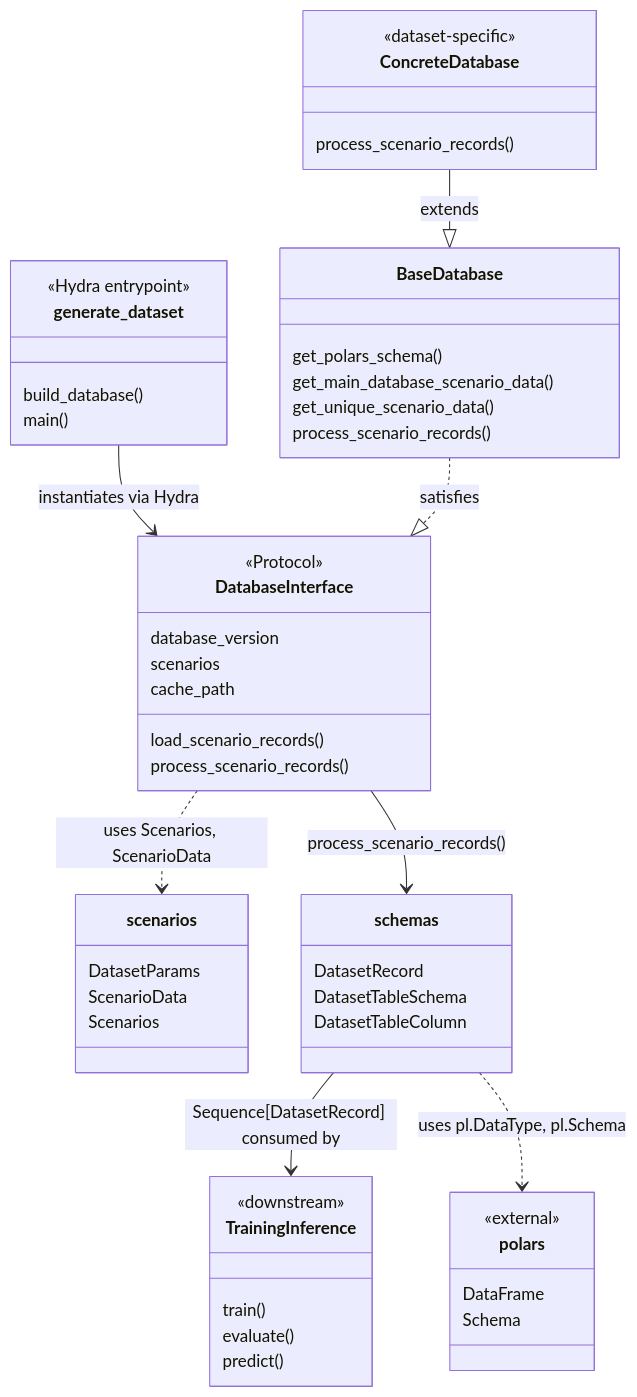
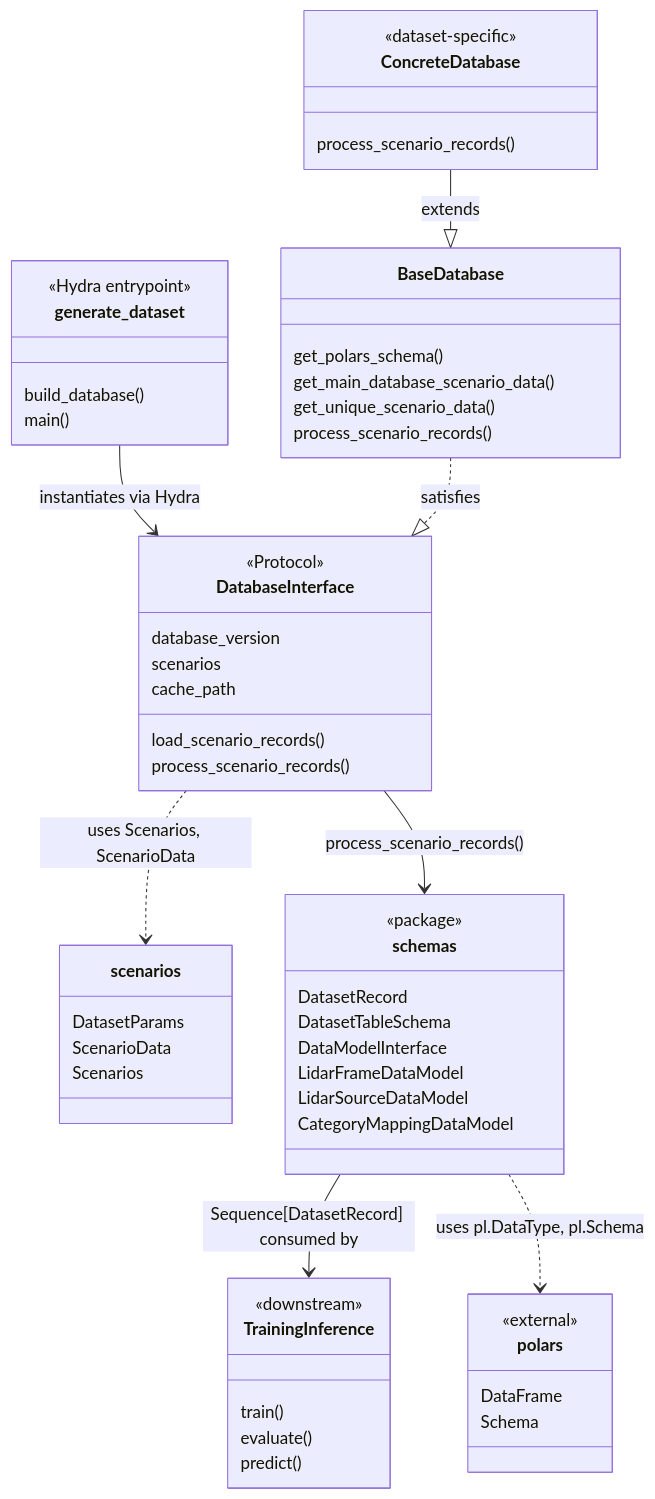
One commit to tier4/autoware-ml changed the diagram in docs/databases/design.md. Above: the diagram before and after it, drawn with Mermaid. The commit also changed other lines of this file and 22 other files, not shown here.

Commit message:
feat(T4Dataset): add lidar and lidar seg metadata to t4dataset cache generator (#39)

````diff
--- a/docs/databases/design.md
+++ b/docs/databases/design.md
@@ -11,68 +11,72 @@
 ```mermaid
 classDiagram
     direction TB
 
     class generate_dataset {
         <<Hydra entrypoint>>
         build_database()
         main()
     }
 
     class DatabaseInterface {
         <<Protocol>>
         database_version
         scenarios
         cache_path
         load_scenario_records()
         process_scenario_records()
     }
 
     class BaseDatabase {
         get_polars_schema()
         get_main_database_scenario_data()
         get_unique_scenario_data()
         process_scenario_records()
     }
 
     class scenarios {
         DatasetParams
         ScenarioData
         Scenarios
     }
 
     class schemas {
+        <<package>>
         DatasetRecord
         DatasetTableSchema
-        DatasetTableColumn
+        DataModelInterface
+        LidarFrameDataModel
+        LidarSourceDataModel
+        CategoryMappingDataModel
     }
 
     class polars {
         <<external>>
         DataFrame
         Schema
     }
 
     class ConcreteDatabase {
         <<dataset-specific>>
         process_scenario_records()
     }
 
     class TrainingInference {
         <<downstream>>
         train()
         evaluate()
         predict()
     }
 
     generate_dataset --> DatabaseInterface : instantiates via Hydra
 
     DatabaseInterface ..> scenarios : uses Scenarios, ScenarioData
     DatabaseInterface --> schemas : process_scenario_records()
 
     BaseDatabase ..|> DatabaseInterface : satisfies
     ConcreteDatabase --|> BaseDatabase : extends
 
     schemas --> TrainingInference : Sequence[DatasetRecord] consumed by
 
     schemas ..> polars : uses pl.DataType, pl.Schema
 ```
````
